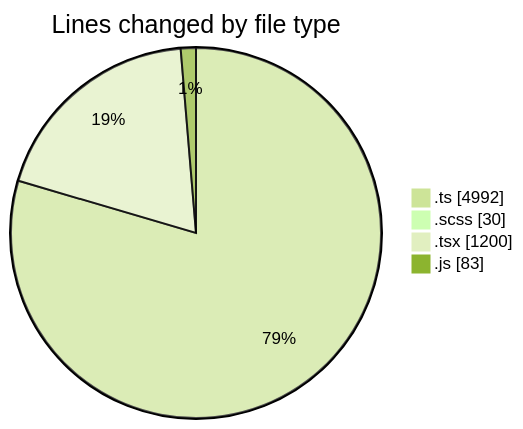
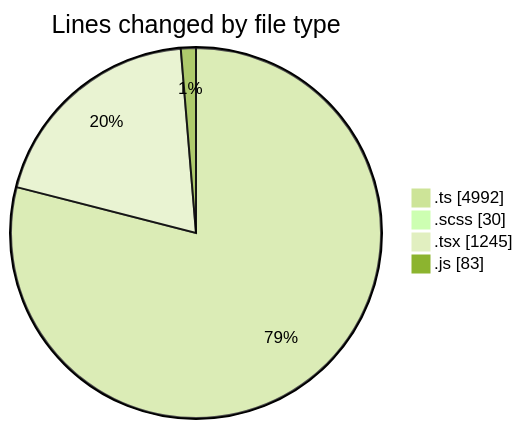
Before and after one commit to momahboobian/code-tracking: the first of 2 diagrams in 2025-09-12/cda/README.md, drawn with Mermaid (forest theme). The commit also changed other lines of this file and 1 other file, not shown here.

````diff
--- a/2025-09-12/cda/README.md
+++ b/2025-09-12/cda/README.md
@@ -31,8 +31,8 @@
 ```mermaid
 pie showData
 title Lines changed by file type
 ".ts" : 4992
 ".scss" : 30
-".tsx" : 1200
+".tsx" : 1245
 ".js" : 83
 ```
````
